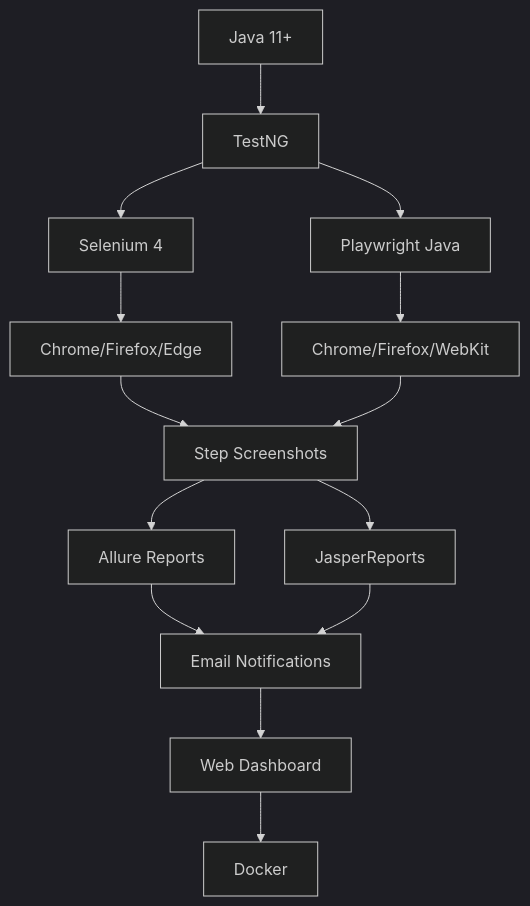
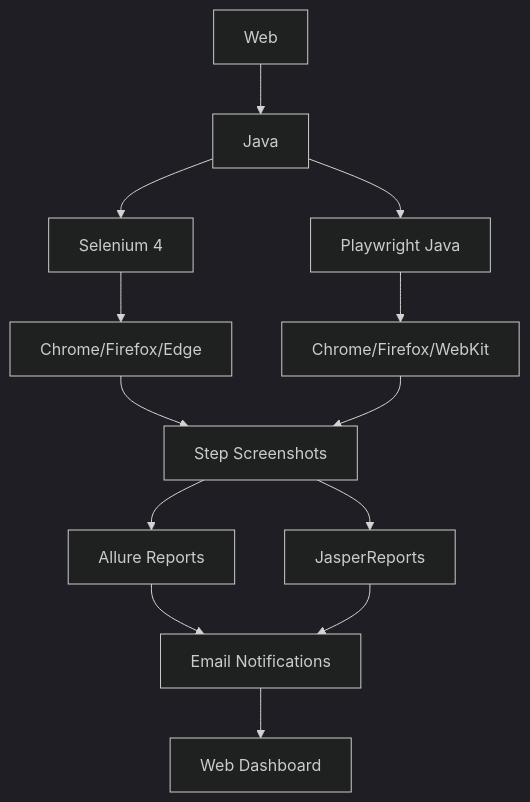
The diagram in README.md (Ajay-Kumar-M/AutomationTool), drawn with Mermaid (dark theme) before and after one commit. The commit also changed other lines of this file, not shown here.

````diff
--- a/README.md
+++ b/README.md
@@ -68,16 +61,15 @@
 ```mermaid
 graph TB
-    A[Java 11+] --> B[TestNG]
+    A[Web] --> B[Java]
     B --> C[Selenium 4]
     B --> D[Playwright Java]
     C --> E[Chrome/Firefox/Edge]
     D --> F[Chrome/Firefox/WebKit]
     E --> G[Step Screenshots]
     F --> G
     G --> H[Allure Reports]
     G --> I[JasperReports]
     H --> J[Email Notifications]
     I --> J
     J --> K[Web Dashboard]
-    K --> L[Docker]
 ```
````
